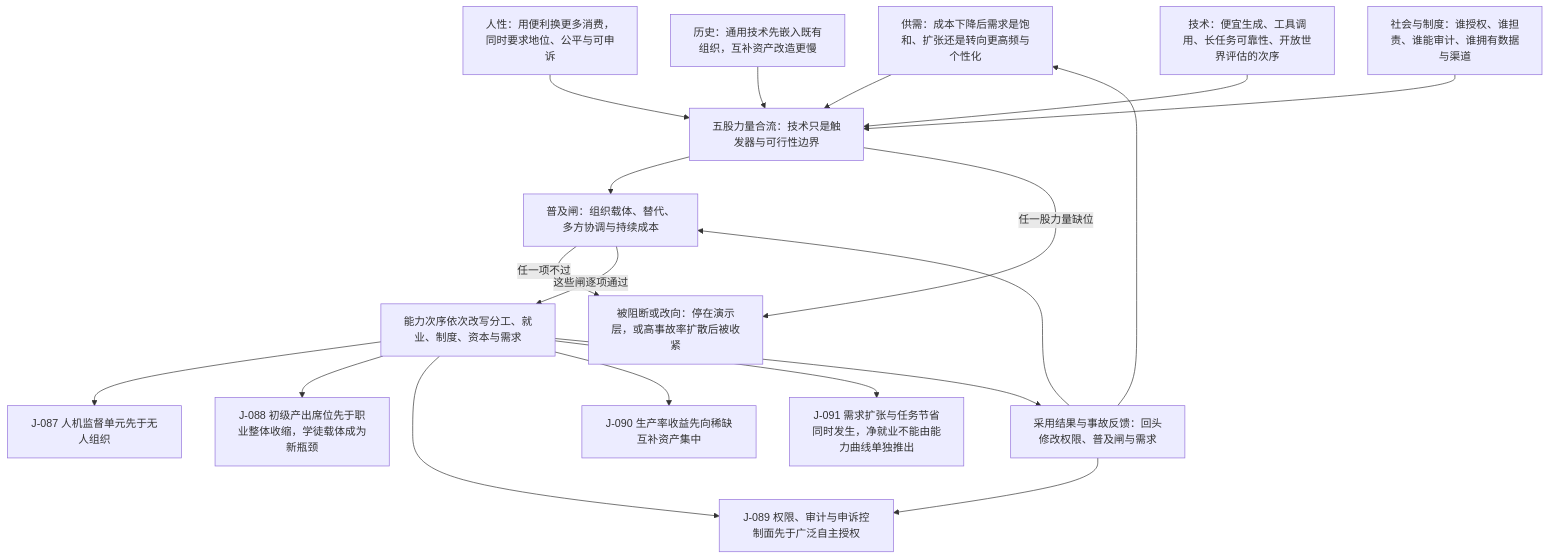
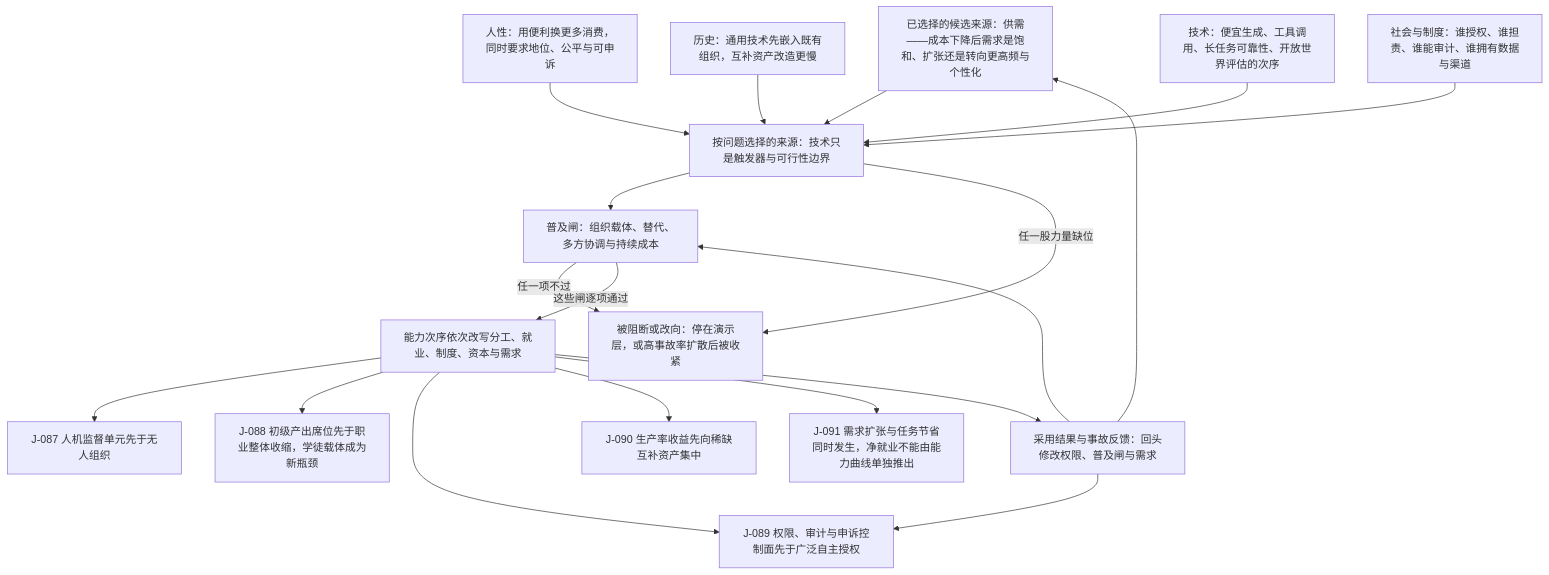
One commit to SenZhangAI/foresight-by-ai changed the diagram in docs/zh/chains/70-capability-to-social-consequences.md. Above: the diagram before and after it, drawn with Mermaid. The commit also changed other lines of this file and 3 other files, not shown here.

````diff
--- a/docs/zh/chains/70-capability-to-social-consequences.md
+++ b/docs/zh/chains/70-capability-to-social-consequences.md
@@ -123,21 +123,21 @@
 ```mermaid
 flowchart TD
-  SUPPLY["供需：成本下降后需求是饱和、扩张还是转向更高频与个性化"] --> CONF["五股力量合流：技术只是触发器与可行性边界"]
+  SUPPLY["已选择的候选来源：供需——成本下降后需求是饱和、扩张还是转向更高频与个性化"] --> CONF["按问题选择的来源：技术只是触发器与可行性边界"]
   HUMAN["人性：用便利换更多消费，同时要求地位、公平与可申诉"] --> CONF
   HIST["历史：通用技术先嵌入既有组织，互补资产改造更慢"] --> CONF
   TECH["技术：便宜生成、工具调用、长任务可靠性、开放世界评估的次序"] --> CONF
   INST["社会与制度：谁授权、谁担责、谁能审计、谁拥有数据与渠道"] --> CONF
   CONF --> GATE["普及闸：组织载体、替代、多方协调与持续成本"]
   GATE -->|"任一项不过"| STALL["被阻断或改向：停在演示层，或高事故率扩散后被收紧"]
   CONF -->|"任一股力量缺位"| STALL
   GATE -->|"这些闸逐项通过"| SEG["能力次序依次改写分工、就业、制度、资本与需求"]
   SEG --> U1["J-087 人机监督单元先于无人组织"]
   SEG --> U2["J-088 初级产出席位先于职业整体收缩，学徒载体成为新瓶颈"]
   SEG --> U3["J-089 权限、审计与申诉控制面先于广泛自主授权"]
   SEG --> U4["J-090 生产率收益先向稀缺互补资产集中"]
   SEG --> U5["J-091 需求扩张与任务节省同时发生，净就业不能由能力曲线单独推出"]
   SEG --> FB["采用结果与事故反馈：回头修改权限、普及闸与需求"]
   FB --> GATE
   FB --> U3
   FB --> SUPPLY
 ```
````
